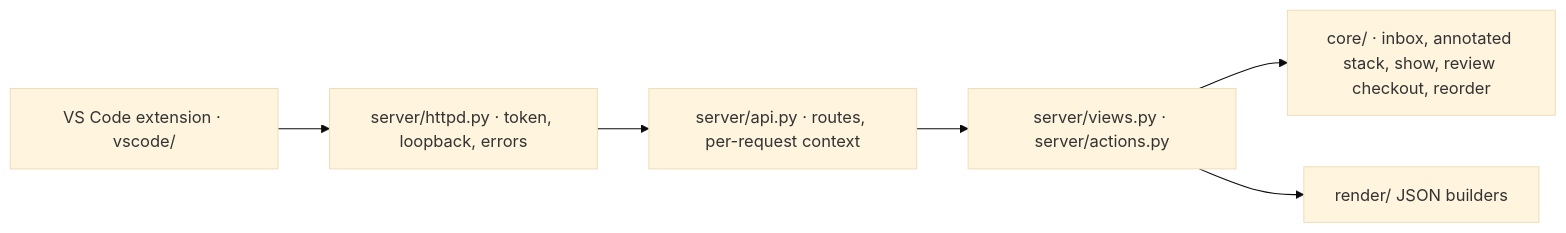
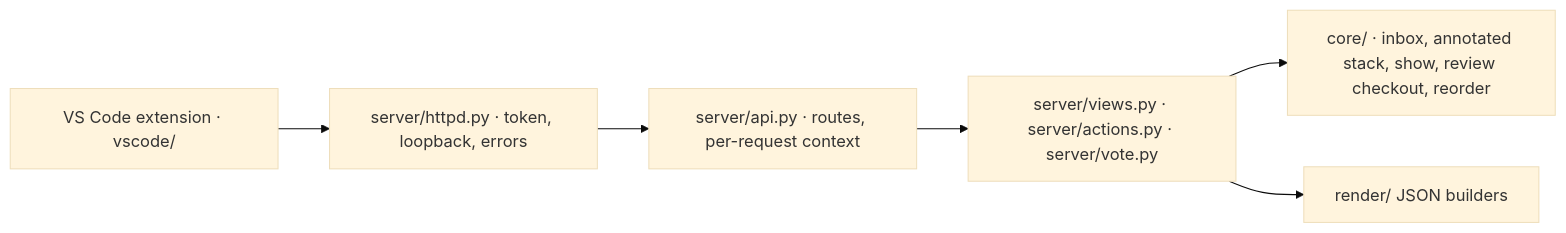
One commit to togrue/gerrit-workflow-tools changed the tenth of 10 diagrams in docu/architecture.md. Above: the diagram before and after it, drawn with Mermaid (base theme). The commit also changed other lines of this file and 12 other files, not shown here.

````diff
--- a/docu/architecture.md
+++ b/docu/architecture.md
@@ -415,13 +415,13 @@
 ```mermaid
 flowchart LR
   client[VS Code extension · vscode/]
   httpd[server/httpd.py · token, loopback, errors]
   api[server/api.py · routes, per-request context]
-  ends[server/views.py · server/actions.py]
+  ends[server/views.py · server/actions.py · server/vote.py]
   core[core/ · inbox, annotated stack, show, review checkout, reorder]
   json[render/ JSON builders]
 
   client --> httpd --> api --> ends
   ends --> core
   ends --> json
 ```
````
